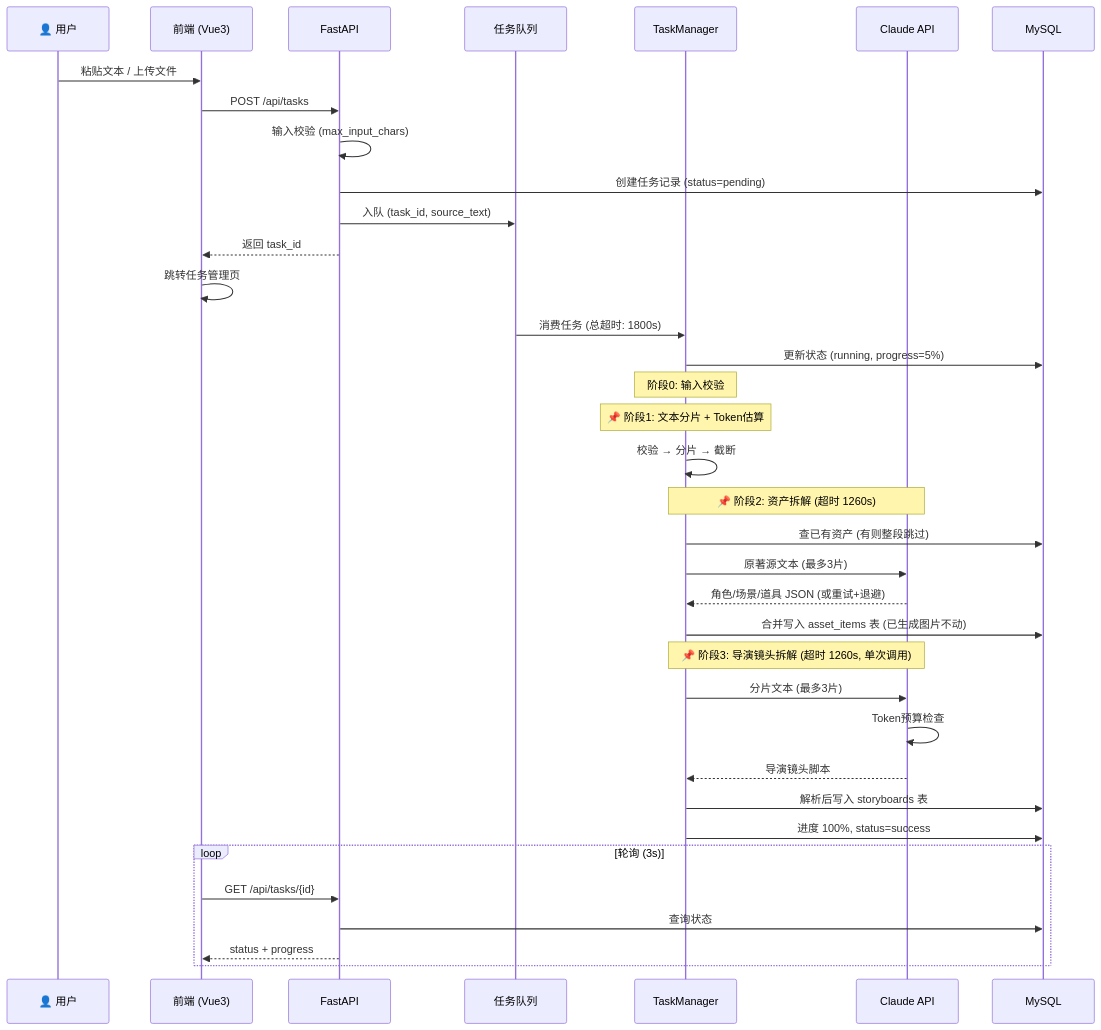
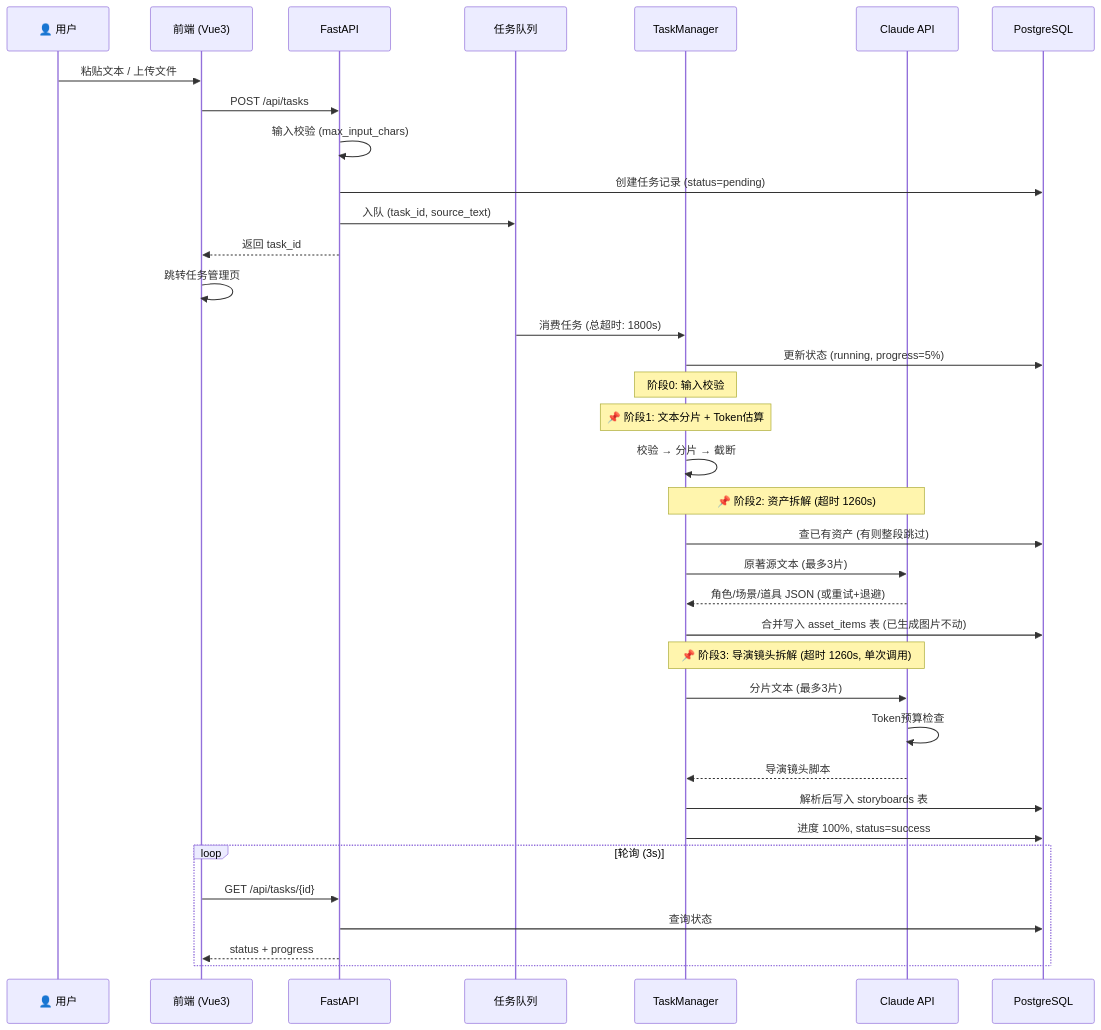
The second of 2 diagrams in README.md (yuyunji/aigc_project), drawn with Mermaid before and after one commit. The commit also changed other lines of this file and 10 other files, not shown here.

First line of the commit message:
refactor: migrate database from MySQL to PostgreSQL

````diff
--- a/README.md
+++ b/README.md
@@ -133,45 +133,45 @@
 ```mermaid
 sequenceDiagram
     participant U as 👤 用户
     participant FE as 前端 (Vue3)
     participant API as FastAPI
     participant Q as 任务队列
     participant TM as TaskManager
     participant LLM as Claude API
-    participant DB as MySQL
+    participant DB as PostgreSQL
 
     U->>FE: 粘贴文本 / 上传文件
     FE->>API: POST /api/tasks
     API->>API: 输入校验 (max_input_chars)
     API->>DB: 创建任务记录 (status=pending)
     API->>Q: 入队 (task_id, source_text)
     API-->>FE: 返回 task_id
     FE->>FE: 跳转任务管理页
 
     Q->>TM: 消费任务 (总超时: 1800s)
     TM->>DB: 更新状态 (running, progress=5%)
 
     Note over TM: 阶段0: 输入校验
 
     Note over TM: 📌 阶段1: 文本分片 + Token估算
     TM->>TM: 校验 → 分片 → 截断
 
     Note over TM,LLM: 📌 阶段2: 资产拆解 (超时 1260s)
     TM->>DB: 查已有资产 (有则整段跳过)
     TM->>LLM: 原著源文本 (最多3片)
     LLM-->>TM: 角色/场景/道具 JSON (或重试+退避)
     TM->>DB: 合并写入 asset_items 表 (已生成图片不动)
 
     Note over TM,LLM: 📌 阶段3: 导演镜头拆解 (超时 1260s, 单次调用)
     TM->>LLM: 分片文本 (最多3片)
     LLM->>LLM: Token预算检查
     LLM-->>TM: 导演镜头脚本
     TM->>DB: 解析后写入 storyboards 表
     TM->>DB: 进度 100%, status=success
 
     loop 轮询 (3s)
         FE->>API: GET /api/tasks/{id}
         API->>DB: 查询状态
         API-->>FE: status + progress
     end
 ```
````
